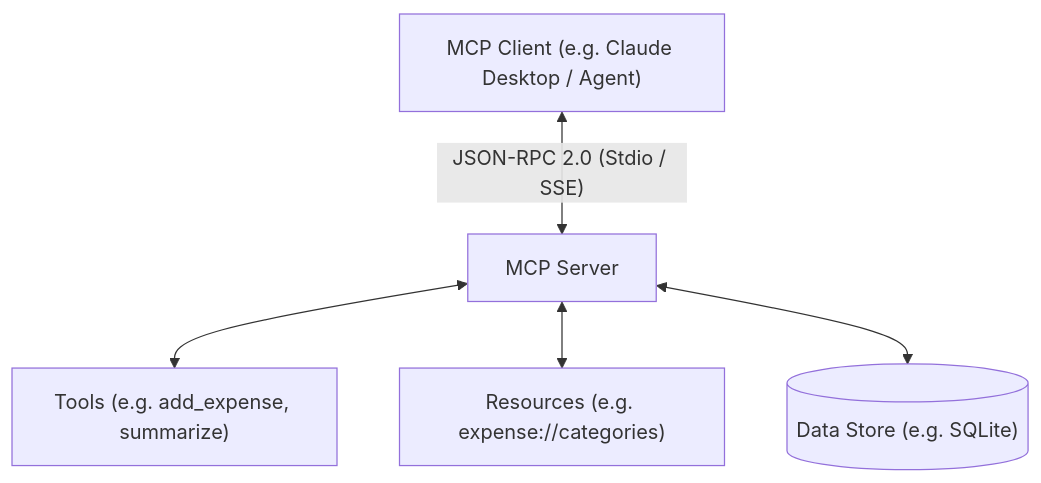
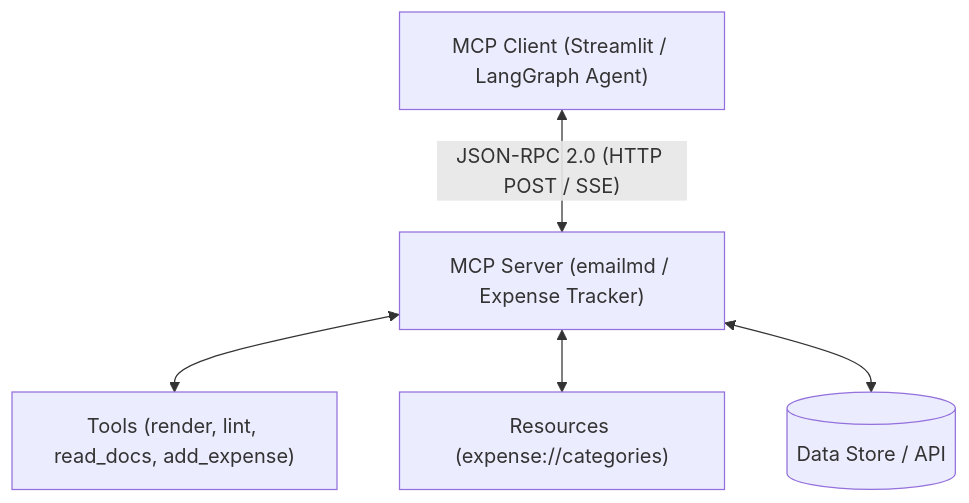
The diagram in README.md (shlokbam/MCP--Model-Context-Protocol-), drawn with Mermaid before and after one commit. The commit also changed other lines of this file and 7 other files, not shown here.

Commit message:
feat: add LangGraph MCP client chatbot, READMEs, and gitignore

````diff
--- a/README.md
+++ b/README.md
@@ -11,7 +11,7 @@
 ```mermaid
 graph TD
-    Client["MCP Client (e.g. Claude Desktop / Agent)"] <-->|"JSON-RPC 2.0 (Stdio / SSE)"| Server["MCP Server"]
-    Server <--> Tools["Tools (e.g. add_expense, summarize)"]
-    Server <--> Resources["Resources (e.g. expense://categories)"]
-    Server <--> Database[("Data Store (e.g. SQLite)")]
+    Client["MCP Client (Streamlit / LangGraph Agent)"] <-->|"JSON-RPC 2.0 (HTTP POST / SSE)"| Server["MCP Server (emailmd / Expense Tracker)"]
+    Server <--> Tools["Tools (render, lint, read_docs, add_expense)"]
+    Server <--> Resources["Resources (expense://categories)"]
+    Server <--> Database[("Data Store / API")]
 ```
````
